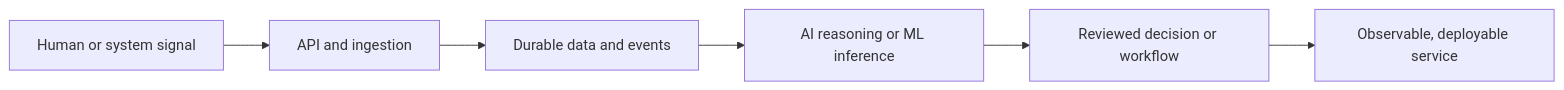
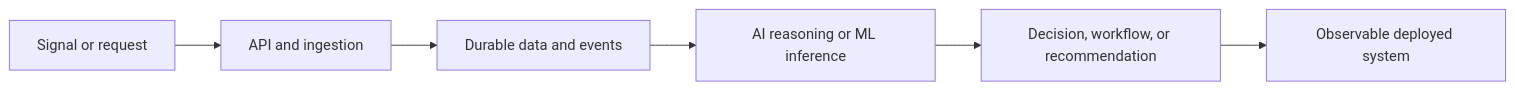
The diagram in README.md (Shreesh-Sree/Shreesh-Sree), drawn with Mermaid before and after one commit. The commit also changed other lines of this file, not shown here.

````diff
--- a/README.md
+++ b/README.md
@@ -28,8 +40,8 @@
 ```mermaid
 flowchart LR
-    A[Human or system signal] --> B[API and ingestion]
-    B --> C[Durable data and events]
-    C --> D[AI reasoning or ML inference]
-    D --> E[Reviewed decision or workflow]
-    E --> F[Observable, deployable service]
+    A["Signal or request"] --> B["API and ingestion"]
+    B --> C["Durable data and events"]
+    C --> D["AI reasoning or ML inference"]
+    D --> E["Decision, workflow, or recommendation"]
+    E --> F["Observable deployed system"]
 ```
````
